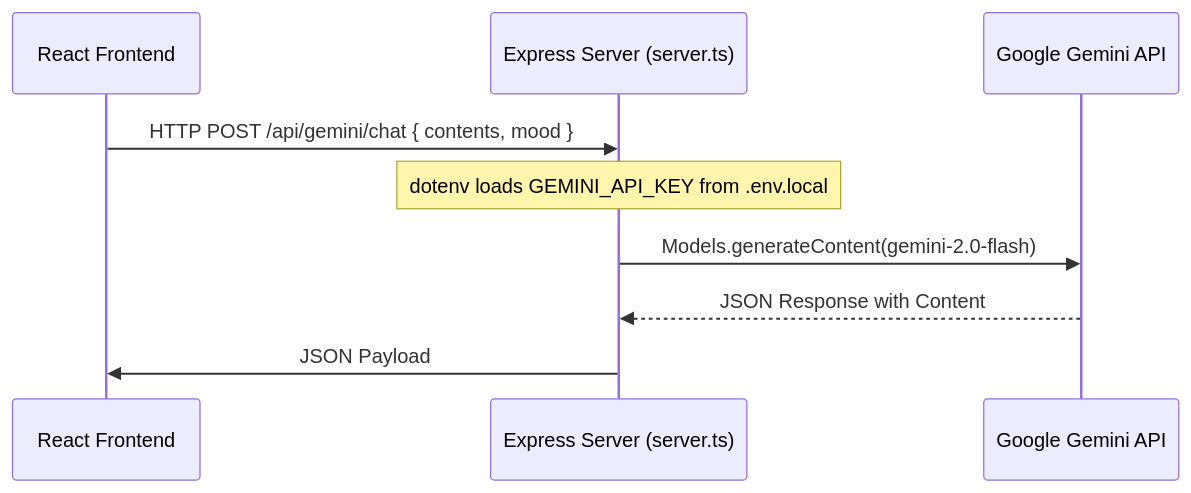
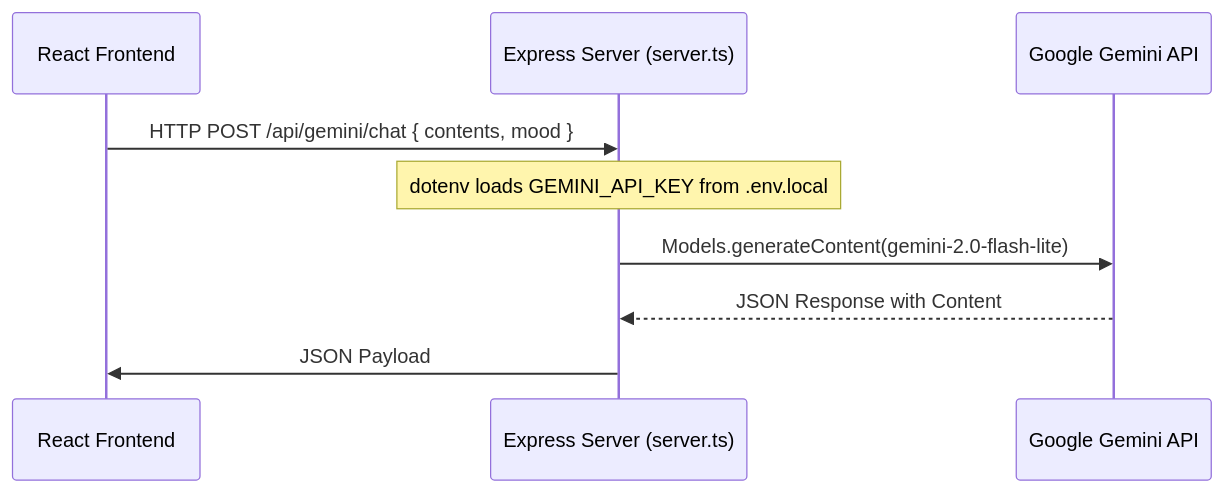
One commit to VanshMiglani007/flowmind-ai changed the diagram in README.md. Above: the diagram before and after it, drawn with Mermaid. The commit also changed other lines of this file, not shown here.

Commit message:
docs: document resilient Gemini-first architecture in README

````diff
--- a/README.md
+++ b/README.md
@@ -201,12 +211,12 @@
 ```mermaid
 sequenceDiagram
     participant User as React Frontend
     participant Server as Express Server (server.ts)
     participant Gemini as Google Gemini API
 
     User->>Server: HTTP POST /api/gemini/chat { contents, mood }
     Note over Server: dotenv loads GEMINI_API_KEY from .env.local
-    Server->>Gemini: Models.generateContent(gemini-2.0-flash)
+    Server->>Gemini: Models.generateContent(gemini-2.0-flash-lite)
     Gemini-->>Server: JSON Response with Content
     Server->>User: JSON Payload
 ```
````
